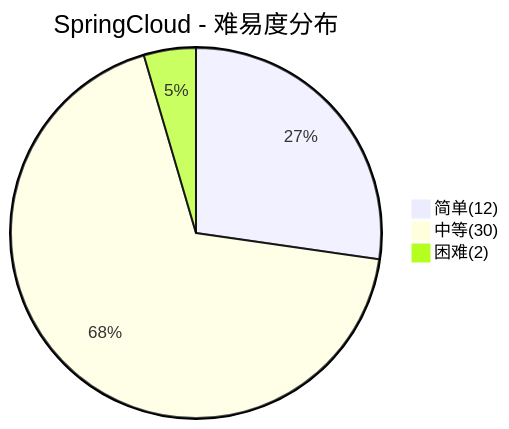
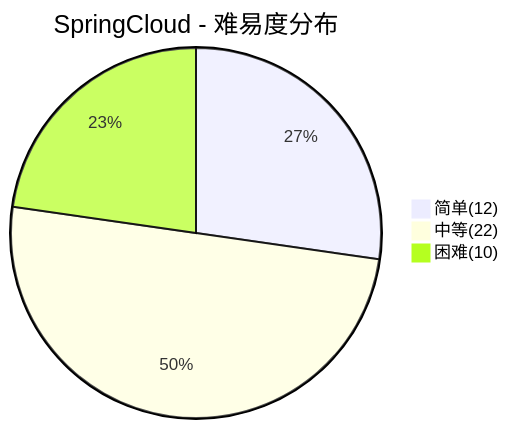
One commit to dunwu/waterdrop changed the fourth of 6 diagrams in docs/99.面试/Java框架面试.md. Above: the diagram before and after it, drawn with Mermaid. The commit also changed other lines of this file and 73 other files, not shown here.

````diff
--- a/docs/99.面试/Java框架面试.md
+++ b/docs/99.面试/Java框架面试.md
@@ -216,6 +217,6 @@
 ```mermaid
 pie title SpringCloud - 难易度分布
     "简单(12)" : 12
-    "中等(30)" : 30
-    "困难(2)" : 2
+    "中等(22)" : 22
+    "困难(10)" : 10
 ```
````
